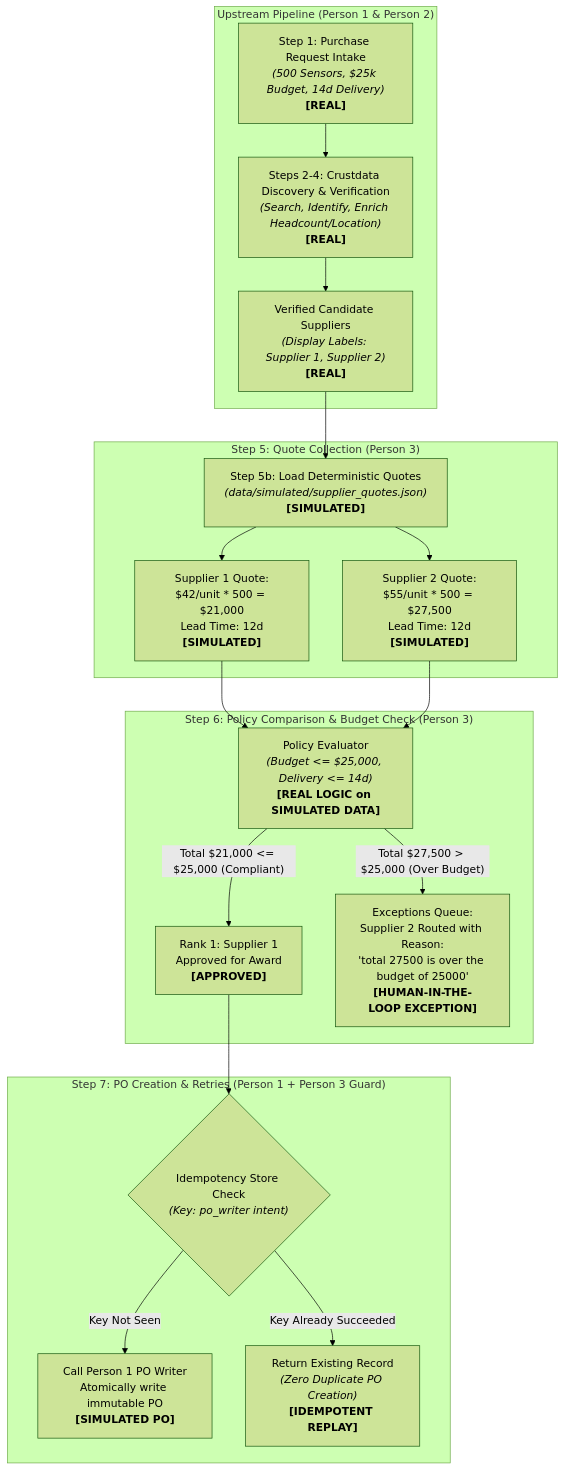
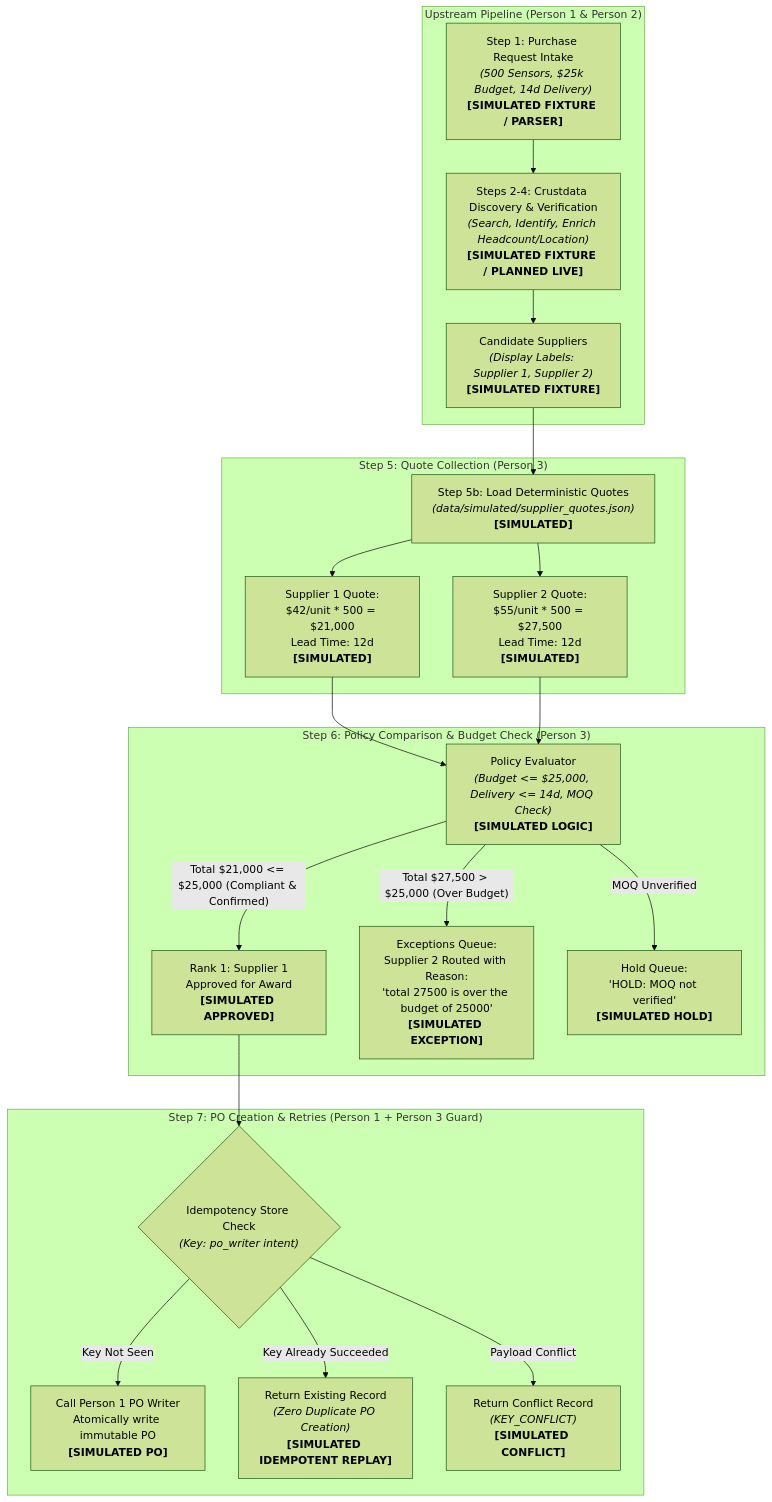
Before and after one commit to bratadeepsarkar123/crustdata-hackathon-2026: the first of 2 diagrams in docs/workflow_diagram.md, drawn with Mermaid (forest theme). The commit also changed other lines of this file and 4 other files, not shown here.

````diff
--- a/docs/workflow_diagram.md
+++ b/docs/workflow_diagram.md
@@ -11,28 +11,30 @@
 ```mermaid
 flowchart TD
     subgraph Step1_4["Upstream Pipeline (Person 1 & Person 2)"]
-        Req["Step 1: Purchase Request Intake<br/><i>(500 Sensors, $25k Budget, 14d Delivery)</i><br/><b>[REAL]</b>"] --> CD["Steps 2-4: Crustdata Discovery & Verification<br/><i>(Search, Identify, Enrich Headcount/Location)</i><br/><b>[REAL]</b>"]
-        CD --> VSupp["Verified Candidate Suppliers<br/><i>(Display Labels: Supplier 1, Supplier 2)</i><br/><b>[REAL]</b>"]
+        Req["Step 1: Purchase Request Intake<br/><i>(500 Sensors, $25k Budget, 14d Delivery)</i><br/><b>[SIMULATED FIXTURE / PARSER]</b>"] --> CD["Steps 2-4: Crustdata Discovery & Verification<br/><i>(Search, Identify, Enrich Headcount/Location)</i><br/><b>[SIMULATED FIXTURE / PLANNED LIVE]</b>"]
+        CD --> VSupp["Candidate Suppliers<br/><i>(Display Labels: Supplier 1, Supplier 2)</i><br/><b>[SIMULATED FIXTURE]</b>"]
     end
 
     subgraph Step5["Step 5: Quote Collection (Person 3)"]
         VSupp --> Quote_Load["Step 5b: Load Deterministic Quotes<br/><i>(data/simulated/supplier_quotes.json)</i><br/><b>[SIMULATED]</b>"]
         
         Quote_Load --> Q1["Supplier 1 Quote:<br/>$42/unit * 500 = $21,000<br/>Lead Time: 12d<br/><b>[SIMULATED]</b>"]
         Quote_Load --> Q2["Supplier 2 Quote:<br/>$55/unit * 500 = $27,500<br/>Lead Time: 12d<br/><b>[SIMULATED]</b>"]
     end
 
     subgraph Step6["Step 6: Policy Comparison & Budget Check (Person 3)"]
-        Q1 --> PolEval["Policy Evaluator<br/><i>(Budget <= $25,000, Delivery <= 14d)</i><br/><b>[REAL LOGIC on SIMULATED DATA]</b>"]
+        Q1 --> PolEval["Policy Evaluator<br/><i>(Budget <= $25,000, Delivery <= 14d, MOQ Check)</i><br/><b>[SIMULATED LOGIC]</b>"]
         Q2 --> PolEval
         
-        PolEval -- "Total $21,000 <= $25,000 (Compliant)" --> Rank["Rank 1: Supplier 1<br/>Approved for Award<br/><b>[APPROVED]</b>"]
-        PolEval -- "Total $27,500 > $25,000 (Over Budget)" --> ExcQueue["Exceptions Queue:<br/>Supplier 2 Routed with Reason:<br/>'total 27500 is over the budget of 25000'<br/><b>[HUMAN-IN-THE-LOOP EXCEPTION]</b>"]
+        PolEval -- "Total $21,000 <= $25,000 (Compliant & Confirmed)" --> Rank["Rank 1: Supplier 1<br/>Approved for Award<br/><b>[SIMULATED APPROVED]</b>"]
+        PolEval -- "Total $27,500 > $25,000 (Over Budget)" --> ExcQueue["Exceptions Queue:<br/>Supplier 2 Routed with Reason:<br/>'total 27500 is over the budget of 25000'<br/><b>[SIMULATED EXCEPTION]</b>"]
+        PolEval -- "MOQ Unverified" --> HoldQueue["Hold Queue:<br/>'HOLD: MOQ not verified'<br/><b>[SIMULATED HOLD]</b>"]
     end
 
     subgraph Step7["Step 7: PO Creation & Retries (Person 1 + Person 3 Guard)"]
         Rank --> IdempGuard{"Idempotency Store Check<br/><i>(Key: po_writer intent)</i>"}
         IdempGuard -- "Key Not Seen" --> CreatePO["Call Person 1 PO Writer<br/>Atomically write immutable PO<br/><b>[SIMULATED PO]</b>"]
-        IdempGuard -- "Key Already Succeeded" --> CachedPO["Return Existing Record<br/><i>(Zero Duplicate PO Creation)</i><br/><b>[IDEMPOTENT REPLAY]</b>"]
+        IdempGuard -- "Key Already Succeeded" --> CachedPO["Return Existing Record<br/><i>(Zero Duplicate PO Creation)</i><br/><b>[SIMULATED IDEMPOTENT REPLAY]</b>"]
+        IdempGuard -- "Payload Conflict" --> ConflictPO["Return Conflict Record<br/><i>(KEY_CONFLICT)</i><br/><b>[SIMULATED CONFLICT]</b>"]
     end
 ```
````
